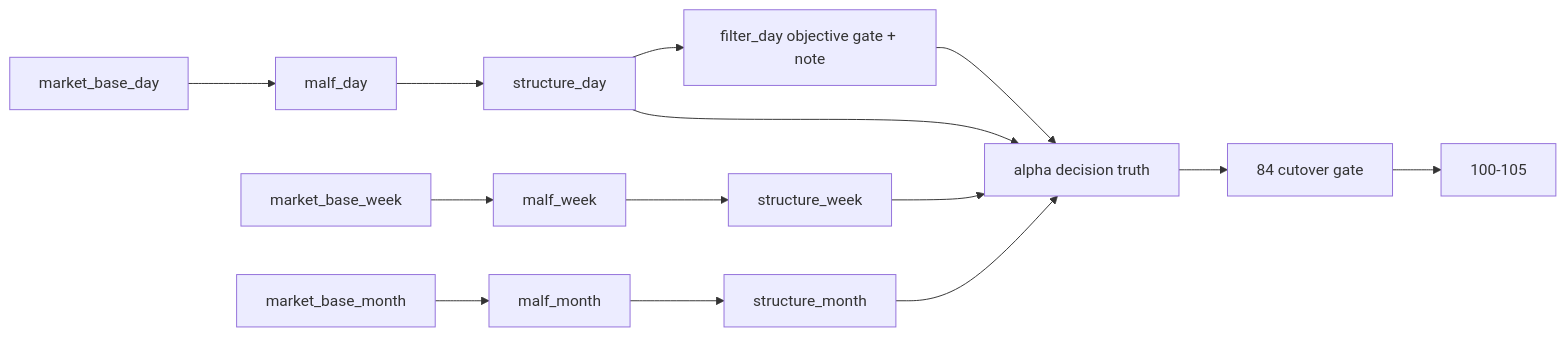
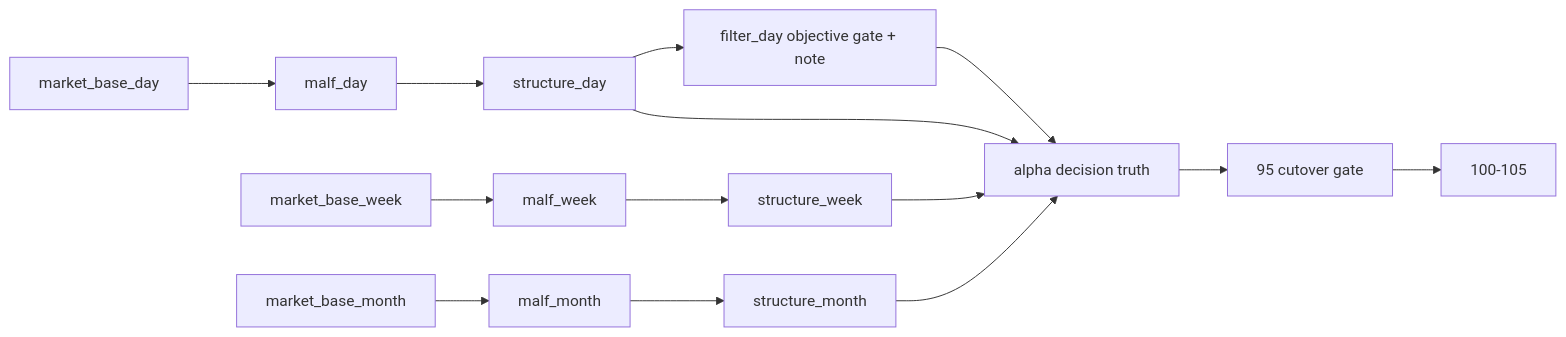
The diagram in docs/02-spec/modules/system/18-malf-alpha-dual-axis-and-timeframe-native-refactor-spec-20260418.md (everything-is-simple/lifespan-0.01), drawn with Mermaid before and after one commit. The commit also changed other lines of this file and 59 other files, not shown here.

````diff
--- a/docs/02-spec/modules/system/18-malf-alpha-dual-axis-and-timeframe-native-refactor-spec-20260418.md
+++ b/docs/02-spec/modules/system/18-malf-alpha-dual-axis-and-timeframe-native-refactor-spec-20260418.md
@@ -139,16 +149,16 @@
 ```mermaid
 flowchart LR
     BD["market_base_day"] --> MD["malf_day"]
     BW["market_base_week"] --> MW["malf_week"]
     BM["market_base_month"] --> MM["malf_month"]
     MD --> SD["structure_day"]
     MW --> SW["structure_week"]
     MM --> SM["structure_month"]
     SD --> FLT["filter_day objective gate + note"]
     SD --> ALP["alpha decision truth"]
     SW --> ALP
     SM --> ALP
     FLT --> ALP
-    ALP --> G84["84 cutover gate"]
-    G84 --> POST["100-105"]
+    ALP --> G95["95 cutover gate"]
+    G95 --> POST["100-105"]
 ```
````
